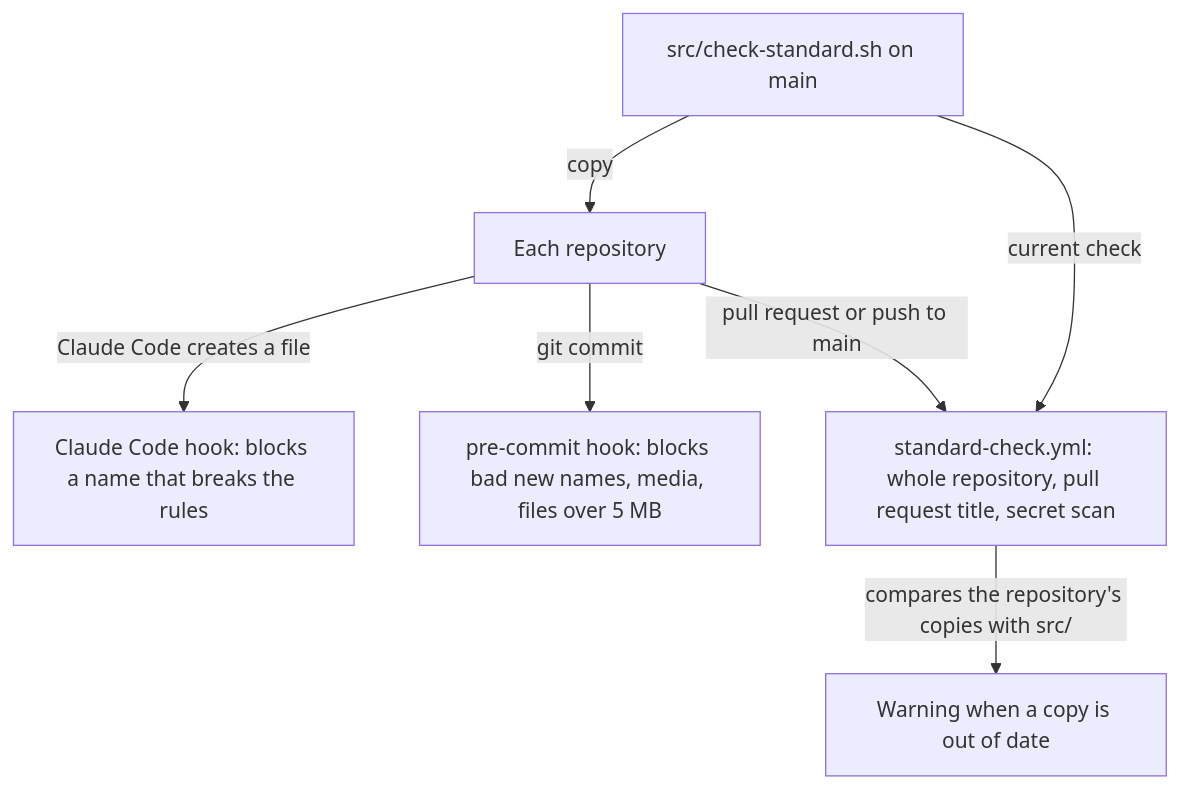
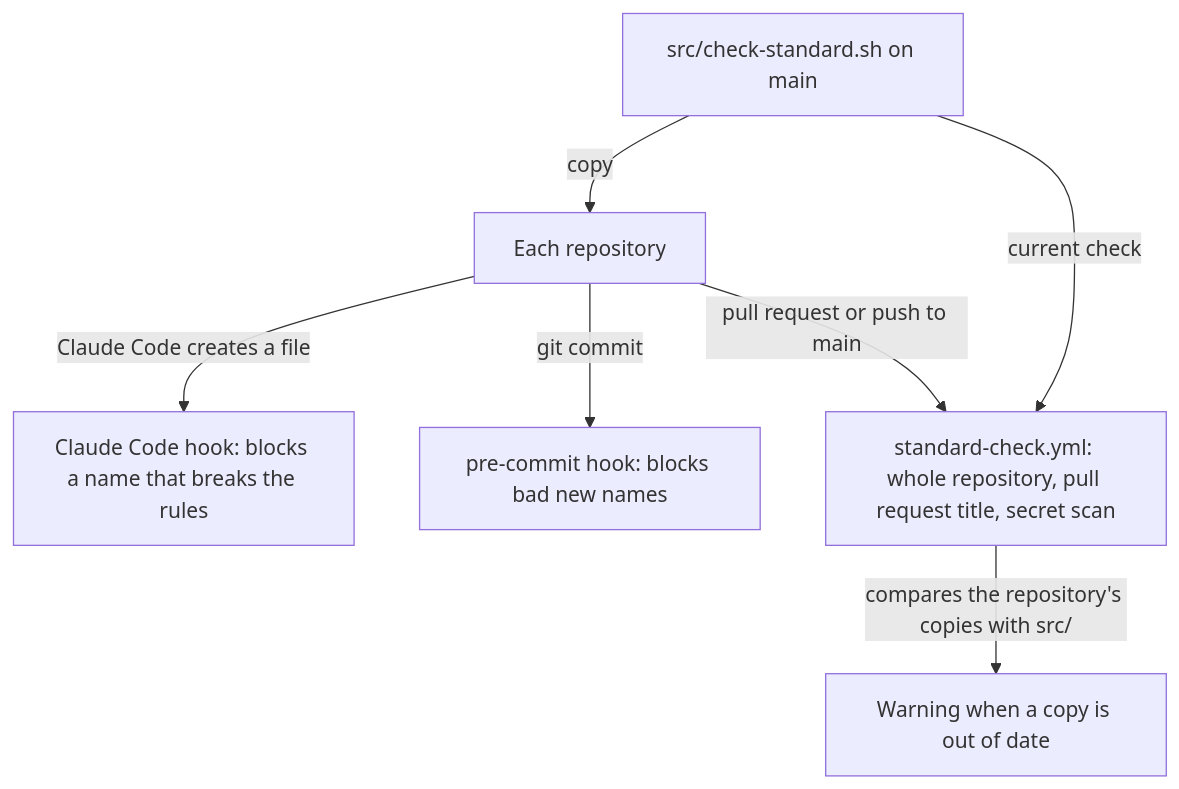
The diagram in README.md (BuildexLabsAI/.github), drawn with Mermaid before and after one commit. The commit also changed 8 other files, not shown here.

First line of the commit message:
feat: allow media, documents and large files in git (#3)

````diff
--- a/README.md
+++ b/README.md
@@ -18,9 +18,9 @@
 ```mermaid
 flowchart TD
     S[src/check-standard.sh on main] -- copy --> R[Each repository]
     R -- Claude Code creates a file --> H[Claude Code hook: blocks a name that breaks the rules]
-    R -- git commit --> P[pre-commit hook: blocks bad new names, media, files over 5 MB]
+    R -- git commit --> P[pre-commit hook: blocks bad new names]
     R -- pull request or push to main --> C[standard-check.yml: whole repository, pull request title, secret scan]
     S -- current check --> C
     C -- compares the repository's copies with src/ --> W[Warning when a copy is out of date]
 ```
````
